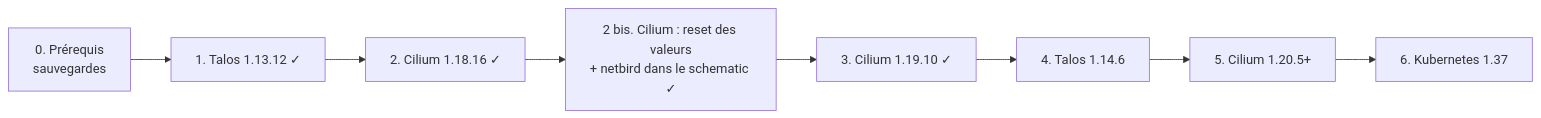
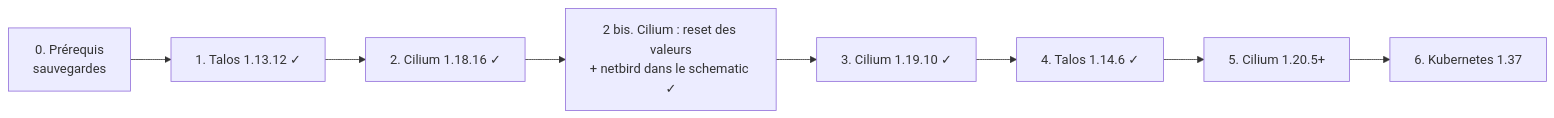
One commit to batleforc/weebo-si changed the diagram in 0.docs/content/docs/runbooks/upgrade-talos-cilium.mdx. Above: the diagram before and after it, drawn with Mermaid. The commit also changed other lines of this file and 12 other files, not shown here.

````diff
--- a/0.docs/content/docs/runbooks/upgrade-talos-cilium.mdx
+++ b/0.docs/content/docs/runbooks/upgrade-talos-cilium.mdx
@@ -20,10 +20,10 @@
 ```mermaid
 graph LR
     S0["0. Prérequis<br/>sauvegardes"] --> S1["1. Talos 1.13.12 ✓"]
     S1 --> S2["2. Cilium 1.18.16 ✓"]
     S2 --> S2b["2 bis. Cilium : reset des valeurs<br/>+ netbird dans le schematic ✓"]
     S2b --> S3["3. Cilium 1.19.10 ✓"]
-    S3 --> S4["4. Talos 1.14.6"]
+    S3 --> S4["4. Talos 1.14.6 ✓"]
     S4 --> S5["5. Cilium 1.20.5+"]
     S5 --> S6["6. Kubernetes 1.37"]
 ```
````
